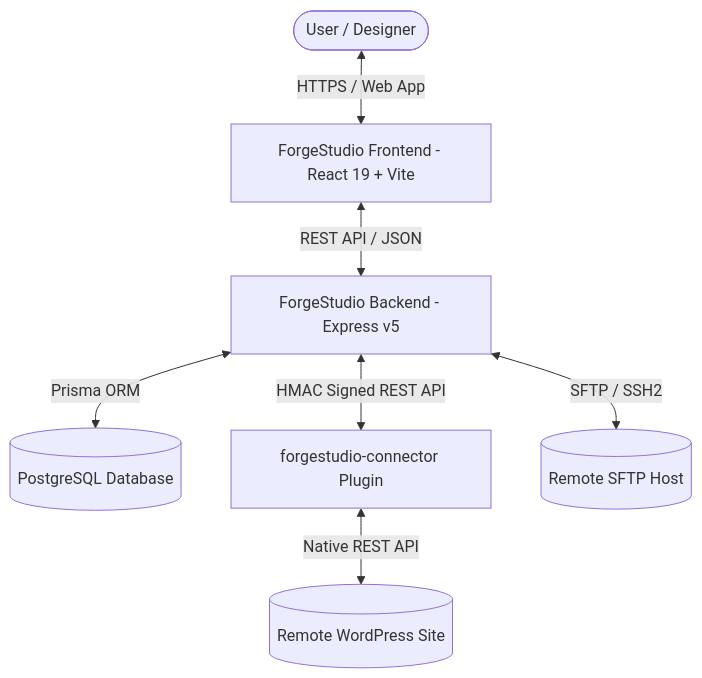
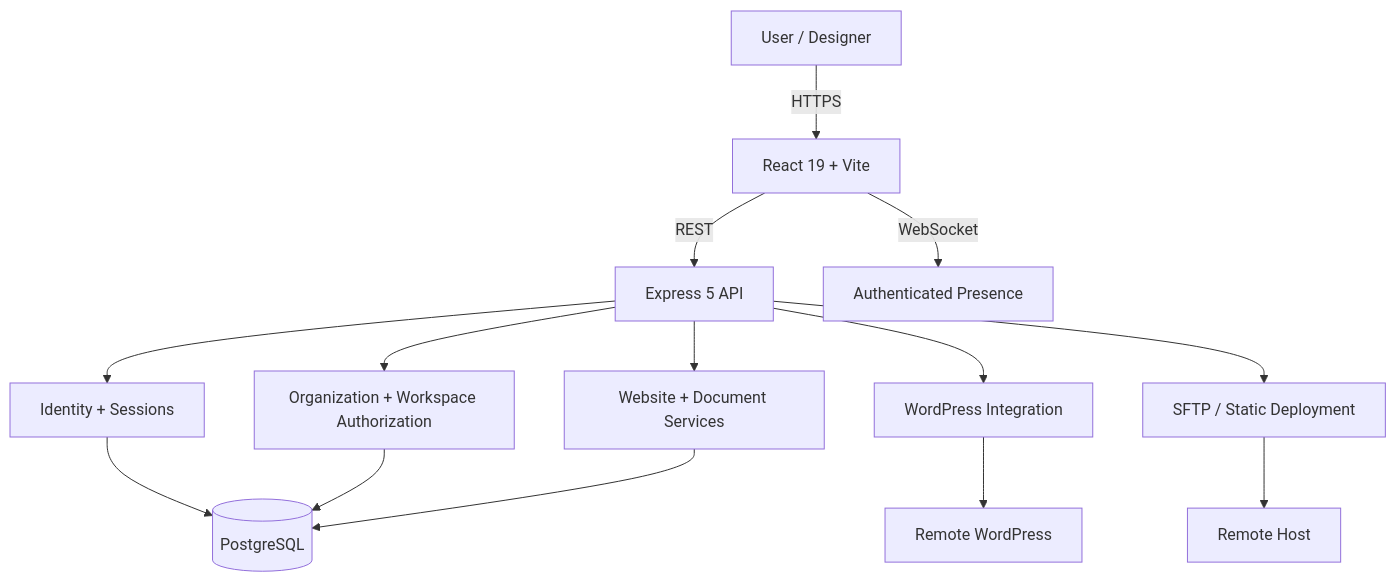
The diagram in README.md (ooarchitect92/forge), drawn with Mermaid before and after one commit. The commit also changed other lines of this file, not shown here.

Commit message:
docs(readme): document implemented SaaS architecture and qualification status

````diff
--- a/README.md
+++ b/README.md
@@ -49,9 +178,16 @@
 ```mermaid
-graph TD
-    User([User / Designer]) <-->|HTTPS / Web App| Frontend[ForgeStudio Frontend - React 19 + Vite]
-    Frontend <-->|REST API / JSON| Backend[ForgeStudio Backend - Express v5]
-    Backend <-->|Prisma ORM| Database[(PostgreSQL Database)]
-    Backend <-->|HMAC Signed REST API| WPConnector[forgestudio-connector Plugin]
-    WPConnector <-->|Native REST API| WordPress[(Remote WordPress Site)]
-    Backend <-->|SFTP / SSH2| RemoteHost[(Remote SFTP Host)]
+flowchart TD
+    User[User / Designer] -->|HTTPS| Studio[React 19 + Vite]
+    Studio -->|REST| API[Express 5 API]
+    Studio -->|WebSocket| Presence[Authenticated Presence]
+    API --> Identity[Identity + Sessions]
+    API --> Access[Organization + Workspace Authorization]
+    Identity --> DB[(PostgreSQL)]
+    Access --> DB
+    API --> Editor[Website + Document Services]
+    Editor --> DB
+    API --> WP[WordPress Integration]
+    API --> SFTP[SFTP / Static Deployment]
+    WP --> WordPress[Remote WordPress]
+    SFTP --> Remote[Remote Host]
 ```
````
